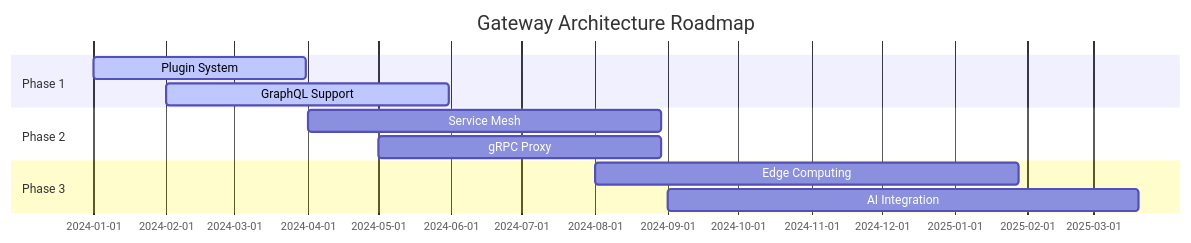
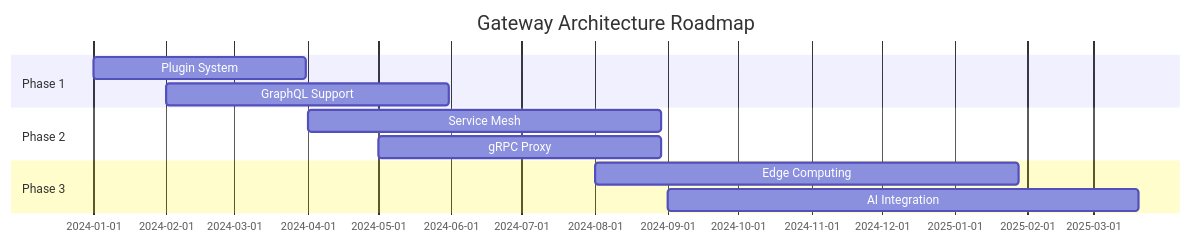
Diagram 16 of 16 in docs/guide/architecture.md (fluxsce/gateway), drawn with Mermaid before and after one commit. The commit also changed other lines of this file and 1 other file, not shown here.

Commit message:
架构图显示错误修复

````diff
--- a/docs/guide/architecture.md
+++ b/docs/guide/architecture.md
@@ -761,14 +473,14 @@
 ```mermaid
 gantt
     title Gateway Architecture Roadmap
     dateFormat  YYYY-MM-DD
     section Phase 1
-    Plugin System    :active, 2024-01-01, 90d
-    GraphQL Support  :active, 2024-02-01, 120d
+    Plugin System    :2024-01-01, 90d
+    GraphQL Support  :2024-02-01, 120d
     section Phase 2
     Service Mesh     :2024-04-01, 150d
     gRPC Proxy       :2024-05-01, 120d
     section Phase 3
     Edge Computing   :2024-08-01, 180d
     AI Integration   :2024-09-01, 200d
 ```
````
